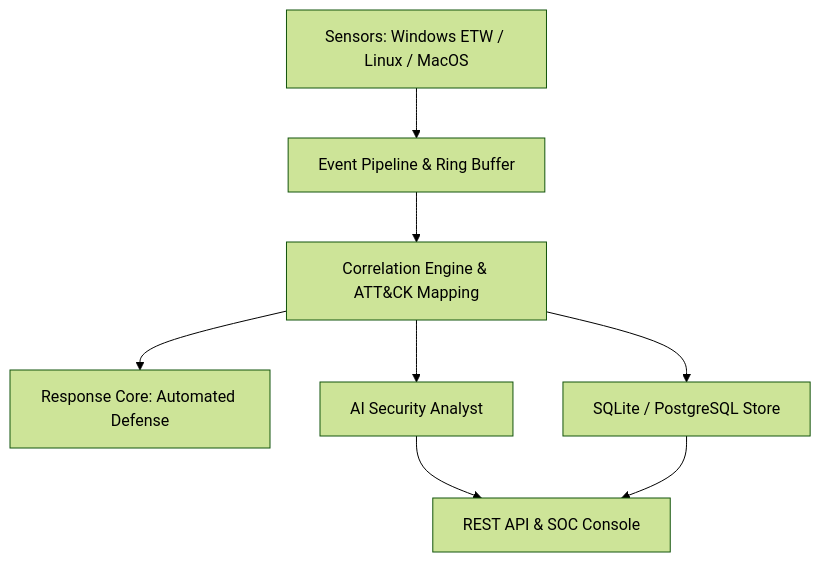
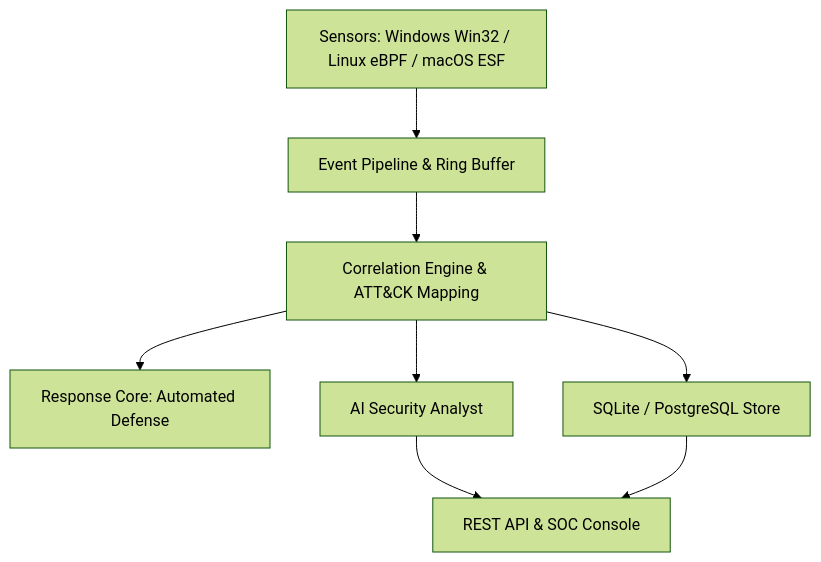
The diagram in docs/index.md (thrive-spectrexq/r3trive), drawn with Mermaid (forest theme) before and after one commit. The commit also changed 15 other files, not shown here.

Commit message:
docs: comprehensive update to system architecture, detection, rules, database, and operational workflows

````diff
--- a/docs/index.md
+++ b/docs/index.md
@@ -30,10 +30,10 @@
 ```mermaid
 graph TD
-    A[Sensors: Windows ETW / Linux / MacOS] --> B[Event Pipeline & Ring Buffer]
+    A[Sensors: Windows Win32 / Linux eBPF / macOS ESF] --> B[Event Pipeline & Ring Buffer]
     B --> C[Correlation Engine & ATT&CK Mapping]
     C --> D[Response Core: Automated Defense]
     C --> E[AI Security Analyst]
     C --> F[SQLite / PostgreSQL Store]
     E --> G[REST API & SOC Console]
     F --> G
 ```
````
